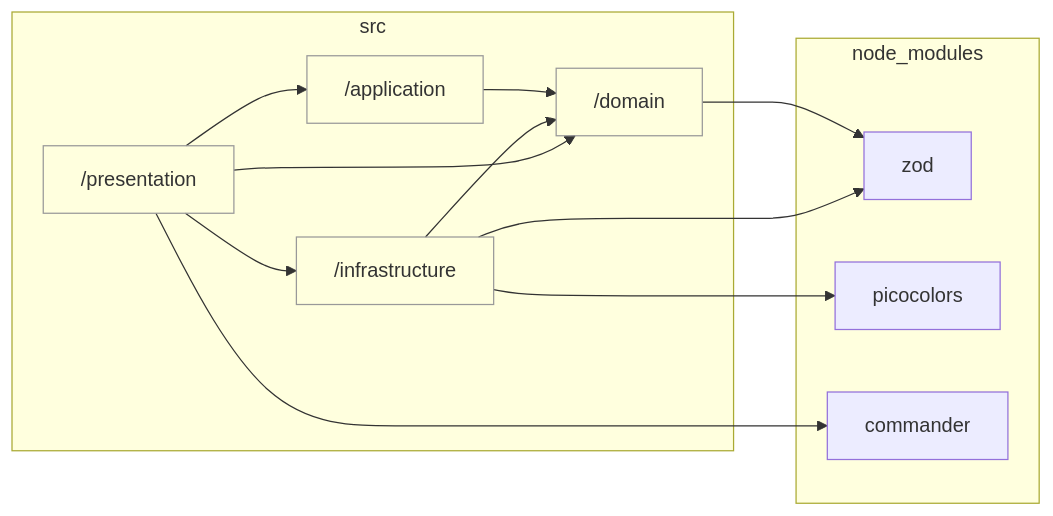
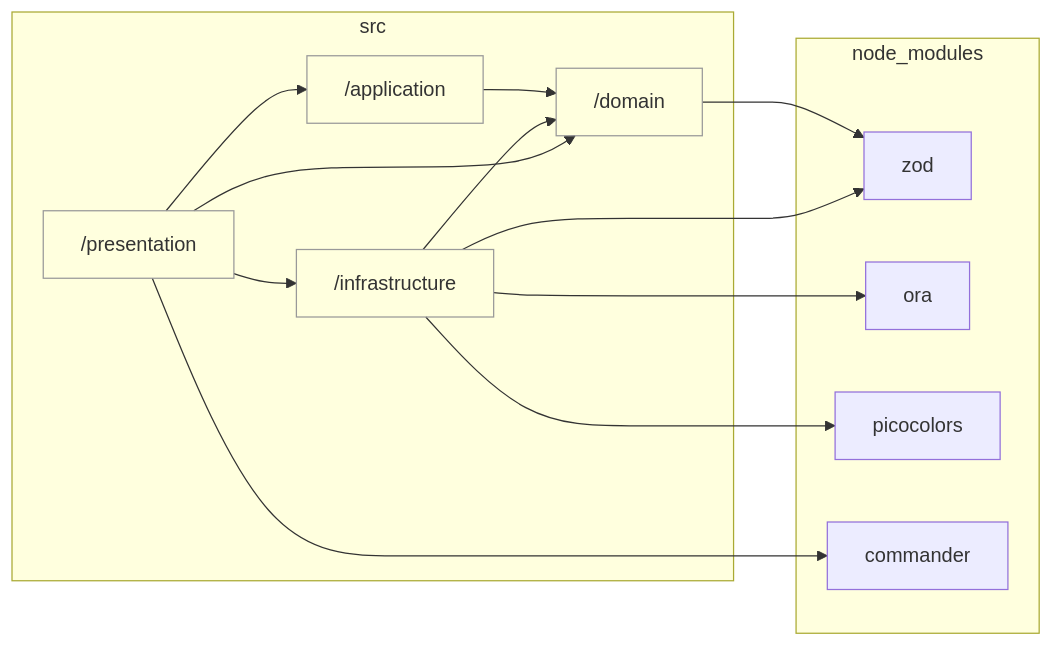
One commit to sugurutakahashi-1234/ai-chat-md-export changed the diagram in docs/reports/dependencies/layers.md. Above: the diagram before and after it, drawn with Mermaid. The commit also changed 10 other files, not shown here.

````diff
--- a/docs/reports/dependencies/layers.md
+++ b/docs/reports/dependencies/layers.md
@@ -7,24 +7,26 @@
 ```mermaid
 flowchart LR
     classDef dir fill:#0000,stroke:#999
     subgraph src["src"]
         src/domain["/domain"]:::dir
         src/application["/application"]:::dir
         src/infrastructure["/infrastructure"]:::dir
         src/presentation["/presentation"]:::dir
     end
     subgraph node//modules["node_modules"]
         node//modules/zod/index.d.cts["zod"]
+        node//modules/ora/index.d.ts["ora"]
         node//modules/picocolors/picocolors.d.ts["picocolors"]
         node//modules/commander/typings/index.d.ts["commander"]
     end
     src/domain-->node//modules/zod/index.d.cts
     src/application-->src/domain
     src/infrastructure-->src/domain
+    src/infrastructure-->node//modules/ora/index.d.ts
     src/infrastructure-->node//modules/picocolors/picocolors.d.ts
     src/infrastructure-->node//modules/zod/index.d.cts
     src/presentation-->src/application
     src/presentation-->src/domain
     src/presentation-->src/infrastructure
     src/presentation-->node//modules/commander/typings/index.d.ts
 ```
````
